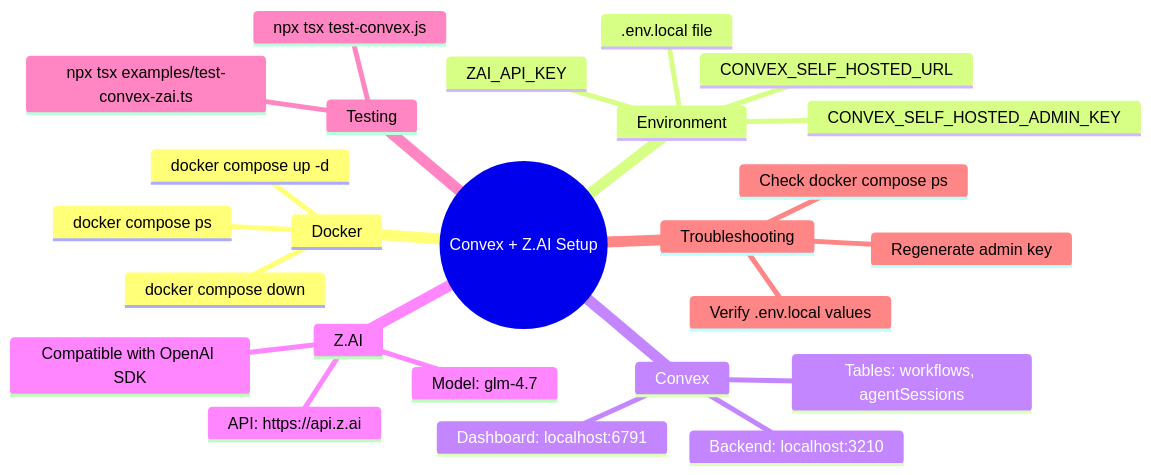
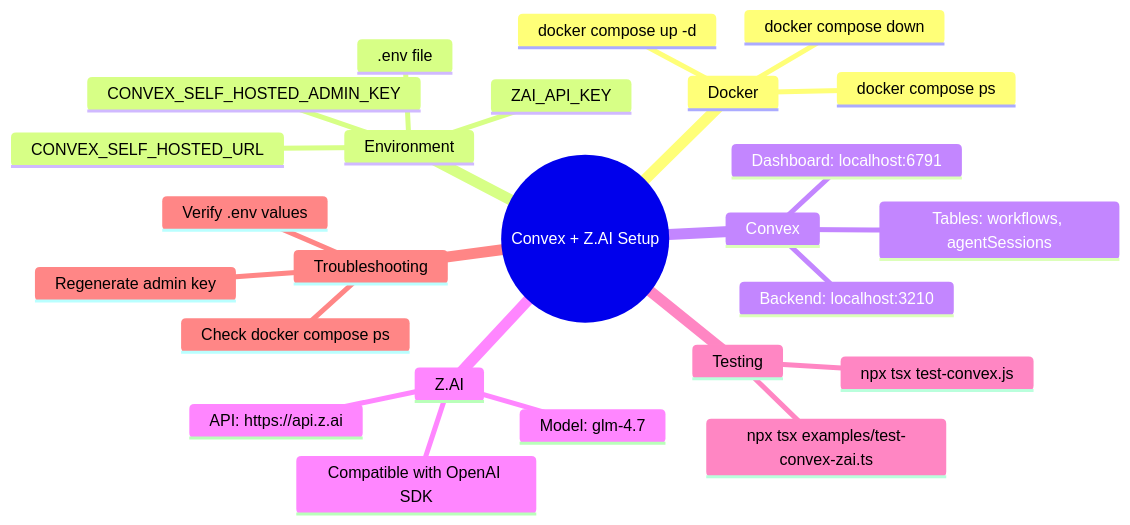
The fifth of 5 diagrams in docs/SETUP_GUIDE.md (whezagl/convex-poc), drawn with Mermaid before and after one commit. The commit also changed other lines of this file and 5 other files, not shown here.

First line of the commit message:
fix(security): remove committed secrets from .env.local

````diff
--- a/docs/SETUP_GUIDE.md
+++ b/docs/SETUP_GUIDE.md
@@ -553,28 +553,28 @@
 ```mermaid
 mindmap
   root((Convex + Z.AI Setup))
     Docker
       docker compose up -d
       docker compose ps
       docker compose down
     Environment
-      .env.local file
+      .env file
       CONVEX_SELF_HOSTED_URL
       CONVEX_SELF_HOSTED_ADMIN_KEY
       ZAI_API_KEY
     Convex
       Backend: localhost:3210
       Dashboard: localhost:6791
       Tables: workflows, agentSessions
     Z.AI
       API: https://api.z.ai
       Model: glm-4.7
       Compatible with OpenAI SDK
     Testing
       npx tsx test-convex.js
       npx tsx examples/test-convex-zai.ts
     Troubleshooting
       Check docker compose ps
       Regenerate admin key
-      Verify .env.local values
+      Verify .env values
 ```
````
